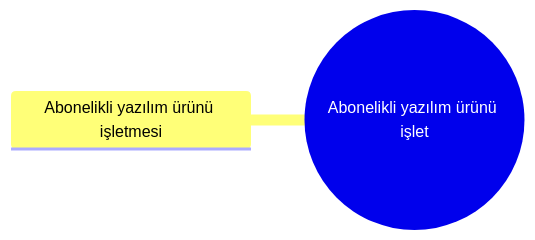
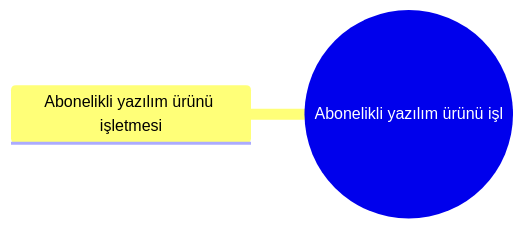
The diagram in 02 İşletmeler/15 Teknoloji Medya & Ajans/Abonelikli yazılım ürünü işletmesi/Dal – Abonelikli yazılım ürünü işletmesi.md (sametkarabulut-dev/xfuturepos-v2), drawn with Mermaid before and after one commit. The commit also changed other lines of this file and 241 other files, not shown here.

````diff
--- a/02 İşletmeler/15 Teknoloji Medya & Ajans/Abonelikli yazılım ürünü işletmesi/Dal – Abonelikli yazılım ürünü işletmesi.md
+++ b/02 İşletmeler/15 Teknoloji Medya & Ajans/Abonelikli yazılım ürünü işletmesi/Dal – Abonelikli yazılım ürünü işletmesi.md
@@ -22,5 +22,5 @@
 ```mermaid
 mindmap
-  root((Abonelikli yazılım ürünü işlet))
+  root((Abonelikli yazılım ürünü işl))
     Abonelikli yazılım ürünü işletmesi
 ```
````
